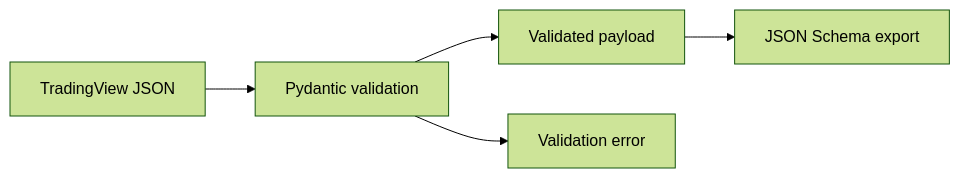
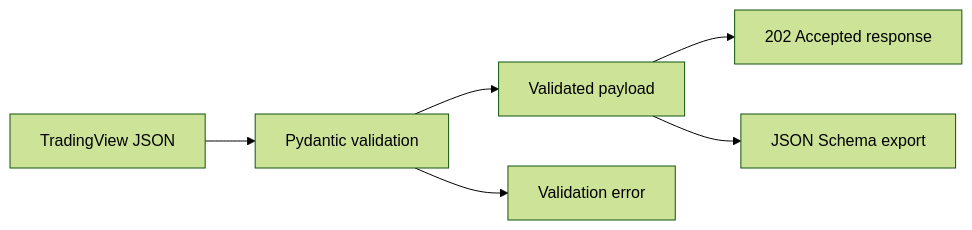
Before and after one commit to varben685/cx2: the diagram in docs/learning/phase-02-webhook-contract.md, drawn with Mermaid (forest theme). The commit also changed other lines of this file and 7 other files, not shown here.

````diff
--- a/docs/learning/phase-02-webhook-contract.md
+++ b/docs/learning/phase-02-webhook-contract.md
@@ -21,7 +25,8 @@
 ```mermaid
 flowchart LR
     TV[TradingView JSON] --> P[Pydantic validation]
     P --> OK[Validated payload]
     P --> ERR[Validation error]
+    OK --> R[202 Accepted response]
     OK --> S[JSON Schema export]
 ```
````
